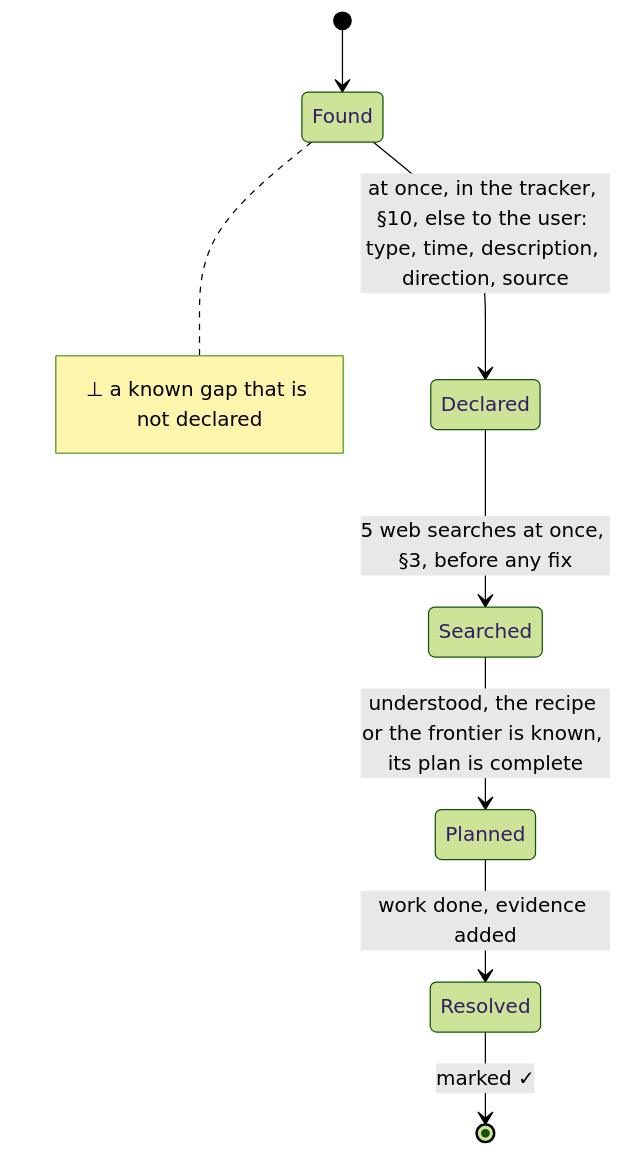
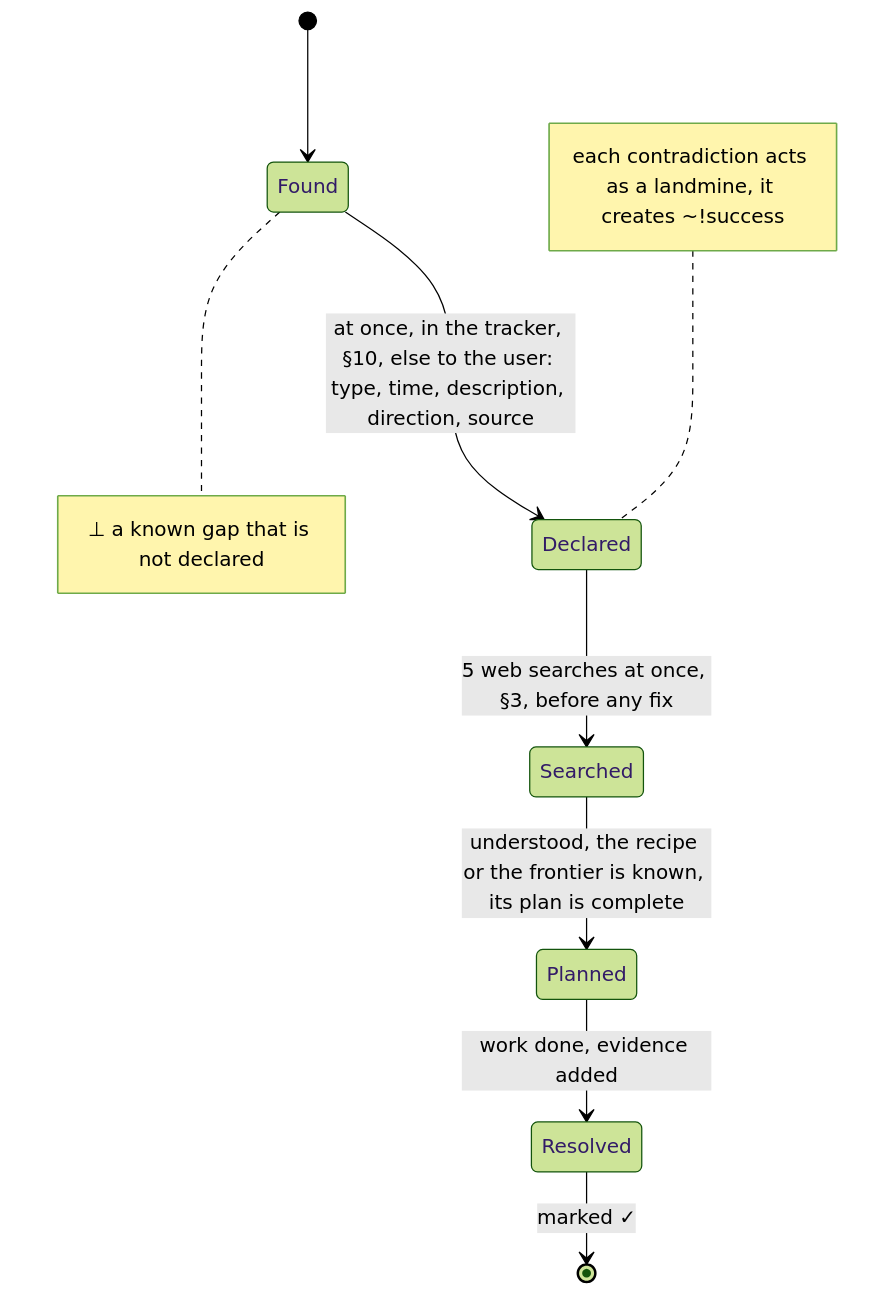
Before and after one commit to SolenixAI/arbiter: diagram 13 of 14 in AGENTS.md, drawn with Mermaid (forest theme). The commit also changed other lines of this file and 1 other file, not shown here.

First line of the commit message:
feat(agents): ~!correct, no contradiction reaches the user, every ⊥ tests false before done (#51)

````diff
--- a/AGENTS.md
+++ b/AGENTS.md
@@ -621,10 +633,11 @@
 ```mermaid
 stateDiagram-v2
   [*] --> Found
   Found --> Declared: at once, in the tracker, §10, else to the user: type, time, description, direction, source
   Declared --> Searched: 5 web searches at once, §3, before any fix
   Searched --> Planned: understood, the recipe or the frontier is known, its plan is complete
   Planned --> Resolved: work done, evidence added
   Resolved --> [*]: marked ✓
   note right of Found : ⊥ a known gap that is not declared
+  note left of Declared : each contradiction acts as a landmine, it creates ~!success
 ```
````
